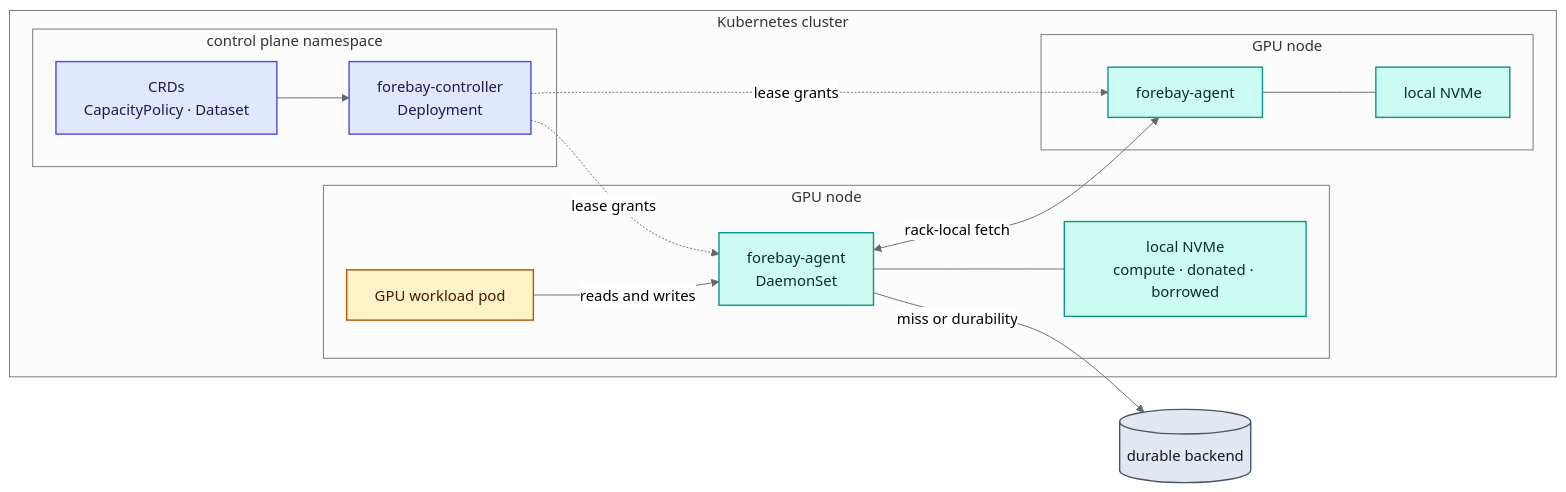
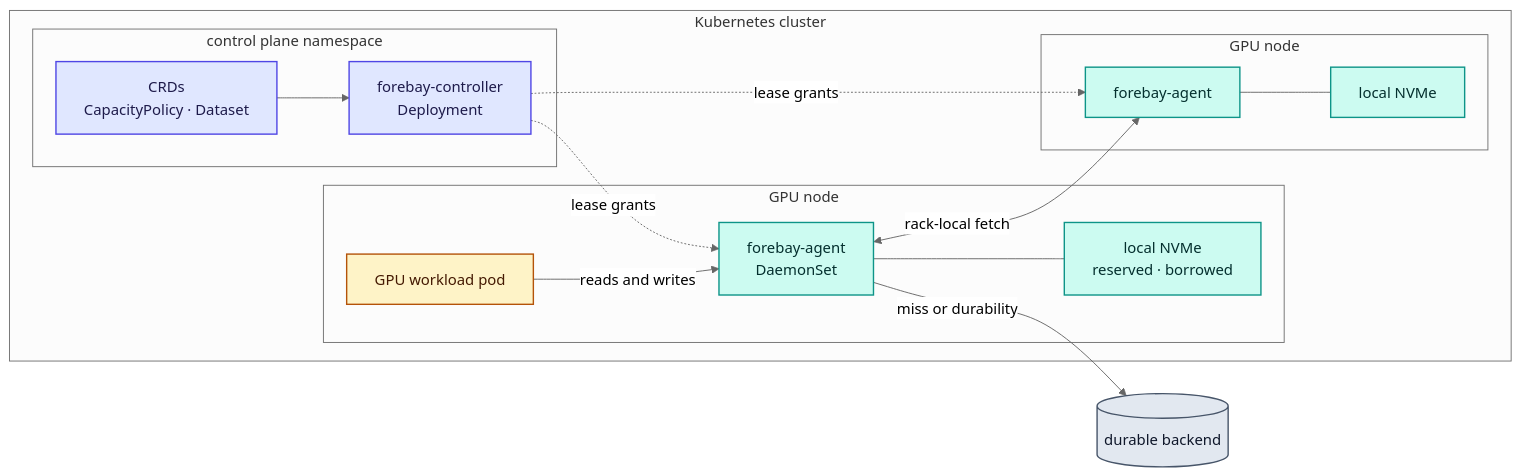
One commit to mayur-tolexo/forebay changed the second of 6 diagrams in docs/architecture.md. Above: the diagram before and after it, drawn with Mermaid (neutral theme). The commit also changed other lines of this file and 21 other files, not shown here.

````diff
--- a/docs/architecture.md
+++ b/docs/architecture.md
@@ -75,37 +75,37 @@
 ```mermaid
 flowchart LR
     subgraph cluster ["Kubernetes cluster"]
         subgraph cpns ["control plane namespace"]
             ctrl["forebay-controller<br/>Deployment"]
             crds["CRDs<br/>CapacityPolicy · Dataset"]
         end
         subgraph n1 ["GPU node"]
             a1["forebay-agent<br/>DaemonSet"]
-            p1["local NVMe<br/>compute · donated · borrowed"]
+            p1["local NVMe<br/>reserved · borrowed"]
             g1["GPU workload pod"]
         end
         subgraph n2 ["GPU node"]
             a2["forebay-agent"]
             p2["local NVMe"]
         end
     end
     back[("durable backend")]
 
     crds --> ctrl
     ctrl -.->|lease grants| a1
     ctrl -.->|lease grants| a2
     a1 --- p1
     a2 --- p2
     g1 -->|reads and writes| a1
     a1 <-->|rack-local fetch| a2
     a1 -->|miss or durability| back
 
     classDef control fill:#E0E7FF,stroke:#4F46E5,stroke-width:1.5px,color:#1E1B4B
     classDef owned fill:#CCFBF1,stroke:#0D9488,stroke-width:1.5px,color:#042F2E
     classDef durable fill:#E2E8F0,stroke:#475569,stroke-width:1.5px,color:#0F172A
     classDef compute fill:#FEF3C7,stroke:#B45309,stroke-width:1.5px,color:#451A03
     class ctrl,crds control
     class a1,a2,p1,p2 owned
     class back durable
     class g1 compute
 ```
````
